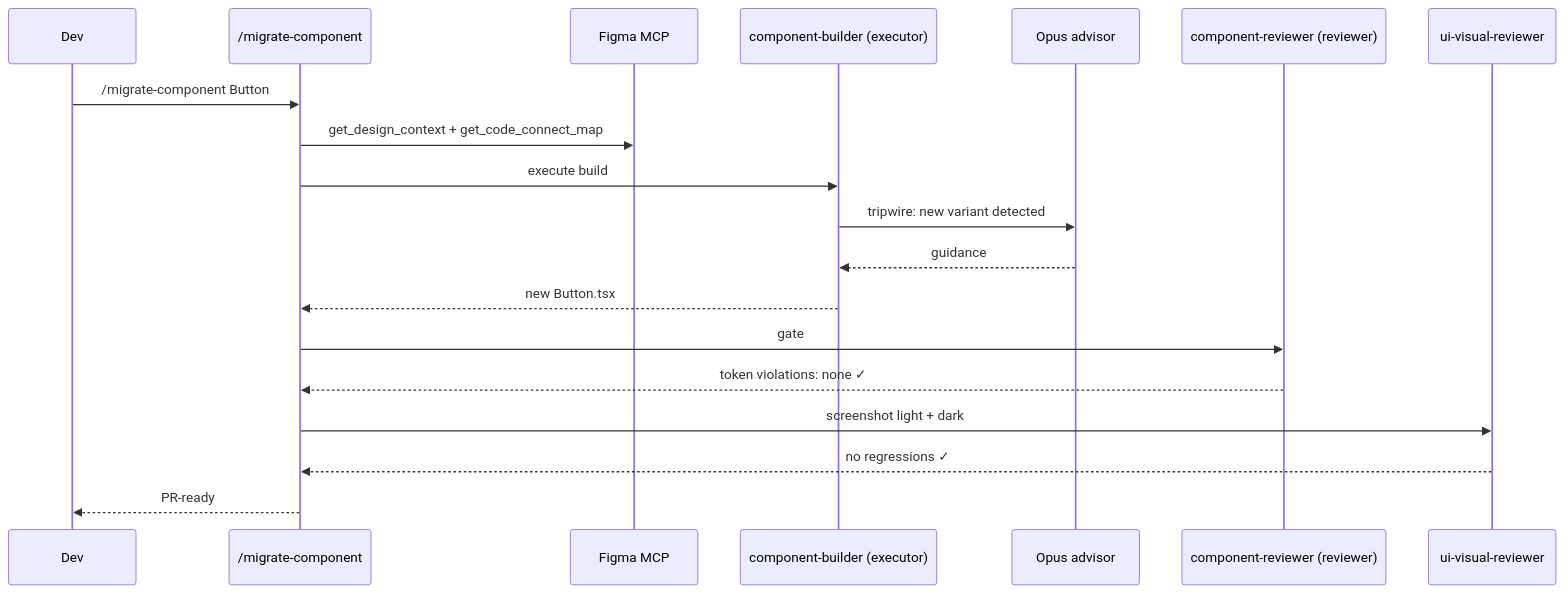
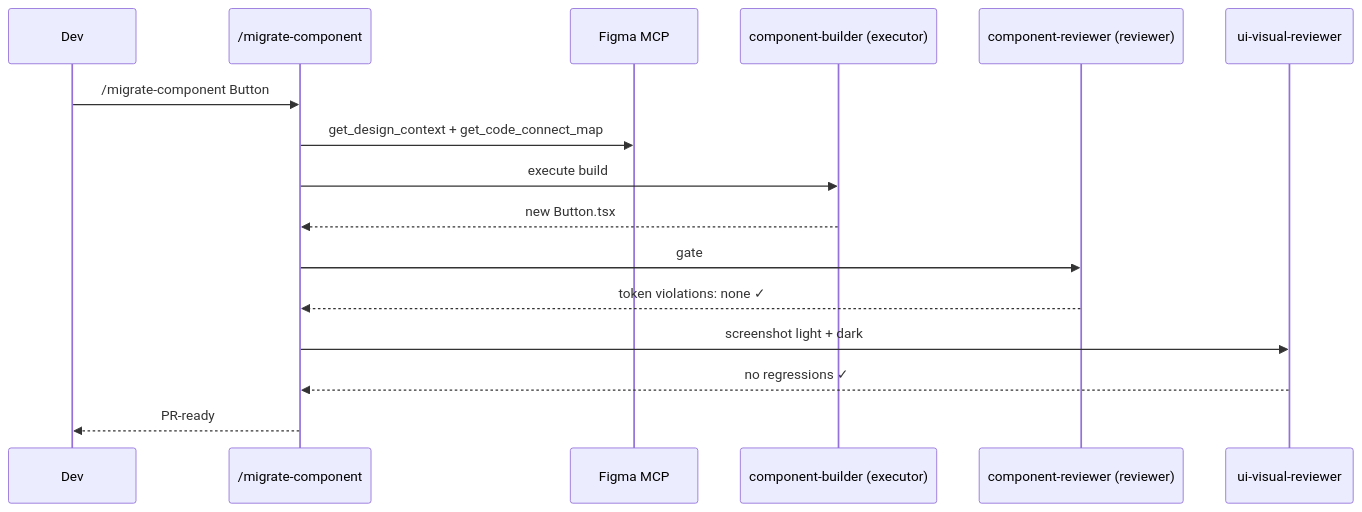
The fifth of 7 diagrams in AGENTS.md (AixleHQ/insights), drawn with Mermaid before and after one commit. The commit also changed other lines of this file and 4 other files, not shown here.

````diff
--- a/AGENTS.md
+++ b/AGENTS.md
@@ -192,22 +175,19 @@
 ```mermaid
 sequenceDiagram
     participant Dev
     participant MC as /migrate-component
     participant Figma as Figma MCP
     participant Builder as component-builder (executor)
-    participant Advisor as Opus advisor
     participant Reviewer as component-reviewer (reviewer)
     participant Visual as ui-visual-reviewer
 
     Dev->>MC: /migrate-component Button
     MC->>Figma: get_design_context + get_code_connect_map
     MC->>Builder: execute build
-    Builder->>Advisor: tripwire: new variant detected
-    Advisor-->>Builder: guidance
     Builder-->>MC: new Button.tsx
     MC->>Reviewer: gate
     Reviewer-->>MC: token violations: none ✓
     MC->>Visual: screenshot light + dark
     Visual-->>MC: no regressions ✓
     MC-->>Dev: PR-ready
 ```
````
